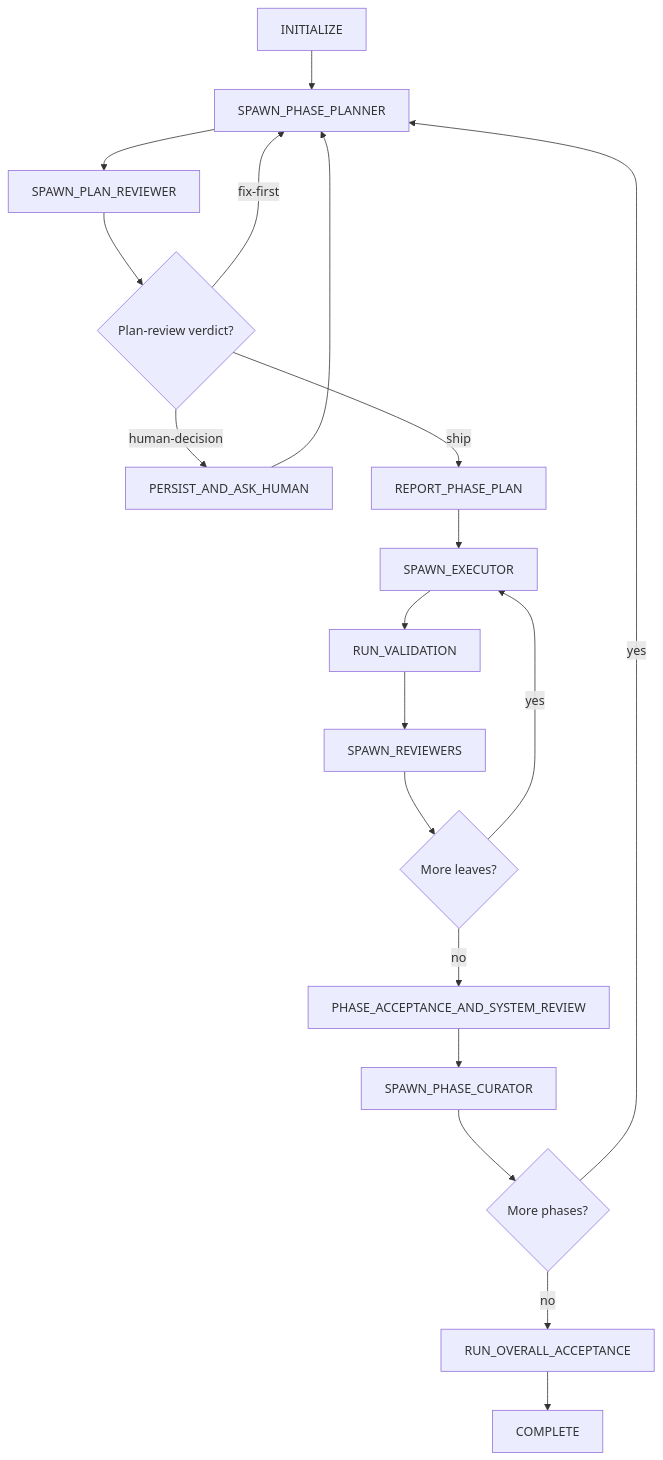
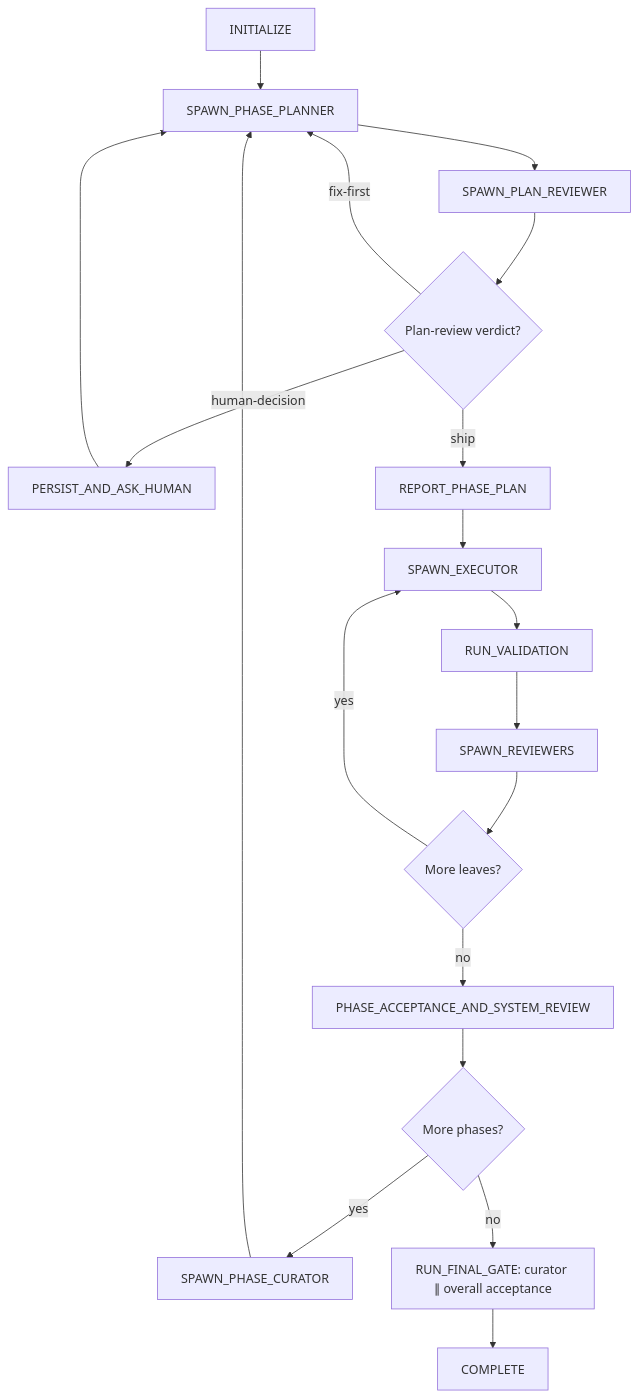
The diagram in oplan/SKILL.md (dkreinov/oplan), drawn with Mermaid before and after one commit. The commit also changed other lines of this file and 4 other files, not shown here.

Commit message:
oplan: RUN_FINAL_GATE runs the final-phase curator and overall acceptance concurrently

````diff
--- a/oplan/SKILL.md
+++ b/oplan/SKILL.md
@@ -162,21 +162,21 @@
 ```mermaid
 flowchart TD
     A[INITIALIZE] --> B[SPAWN_PHASE_PLANNER]
     B --> C[SPAWN_PLAN_REVIEWER]
     C --> D{Plan-review verdict?}
     D -->|fix-first| B
     D -->|human-decision| E[PERSIST_AND_ASK_HUMAN]
     E --> B
     D -->|ship| F[REPORT_PHASE_PLAN]
     F --> G[SPAWN_EXECUTOR]
     G --> H[RUN_VALIDATION]
     H --> I[SPAWN_REVIEWERS]
     I --> J{More leaves?}
     J -->|yes| G
     J -->|no| K[PHASE_ACCEPTANCE_AND_SYSTEM_REVIEW]
-    K --> Q[SPAWN_PHASE_CURATOR]
-    Q --> L{More phases?}
-    L -->|yes| B
-    L -->|no| O[RUN_OVERALL_ACCEPTANCE]
-    O --> M[COMPLETE]
+    K --> L{More phases?}
+    L -->|yes| Q[SPAWN_PHASE_CURATOR]
+    Q --> B
+    L -->|no| R["RUN_FINAL_GATE: curator ∥ overall acceptance"]
+    R --> M[COMPLETE]
 ```
````
